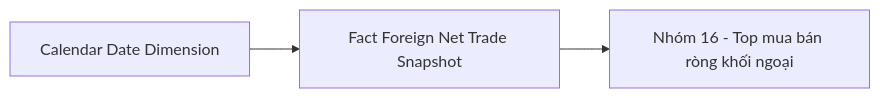
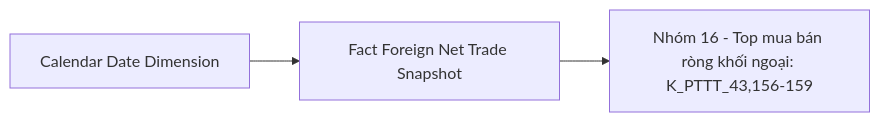
One commit to linhlvit/ubck_atomic_design changed diagram 38 of 53 in Datamart/hld/DTM_PTTT_HLD.md. Above: the diagram before and after it, drawn with Mermaid. The commit also changed other lines of this file and 21 other files, not shown here.

````diff
--- a/Datamart/hld/DTM_PTTT_HLD.md
+++ b/Datamart/hld/DTM_PTTT_HLD.md
@@ -1908,8 +1908,8 @@
 ```mermaid
 flowchart LR
     fct_foreign_net_trade_snpst["Fact Foreign Net Trade Snapshot"]
     cdr_dt_dim["Calendar Date Dimension"]
-    rpt_nhom16["Nhóm 16 - Top mua bán ròng khối ngoại"]
+    rpt_nhom16["Nhóm 16 - Top mua bán ròng khối ngoại: K_PTTT_43,156-159"]
     cdr_dt_dim --> fct_foreign_net_trade_snpst
     fct_foreign_net_trade_snpst --> rpt_nhom16
 ```
````
